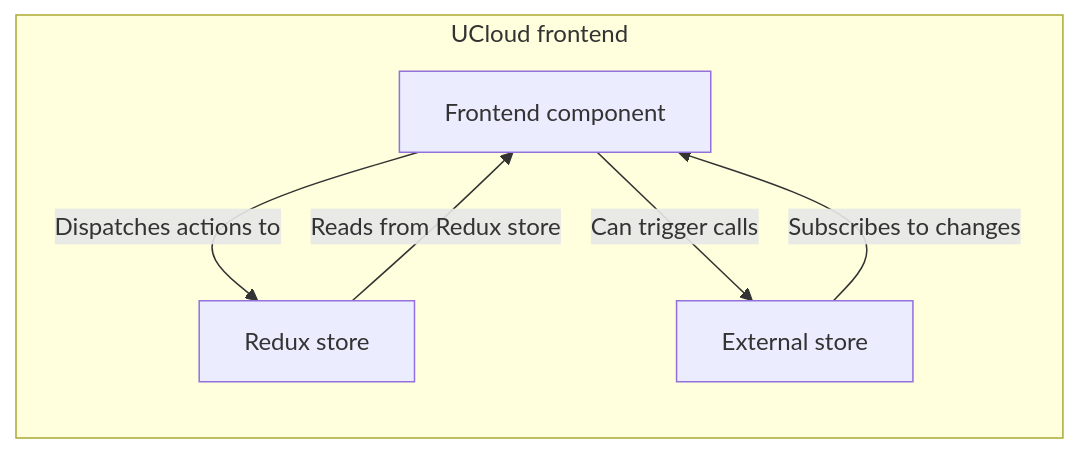
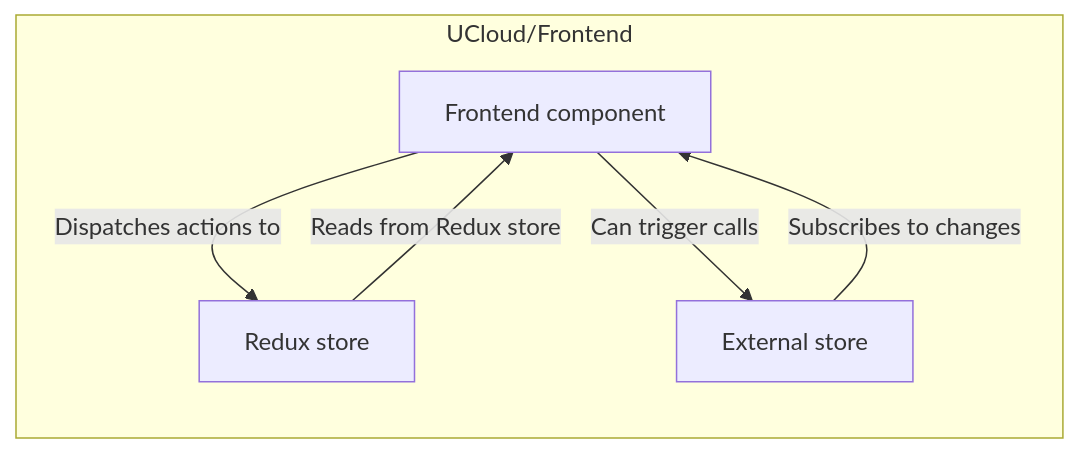
The diagram in provider-integration/im2/docs/src/dev/frontend/frontend-architecture.md (SDU-eScience/UCloud), drawn with Mermaid before and after one commit. The commit also changed other lines of this file and 8 other files, not shown here.

Commit message:
Fix spelling mistakes. Fix diagrams (?)

````diff
--- a/provider-integration/im2/docs/src/dev/frontend/frontend-architecture.md
+++ b/provider-integration/im2/docs/src/dev/frontend/frontend-architecture.md
@@ -55,12 +55,14 @@
 ```mermaid
 flowchart LR
-    subgraph UCloud frontend
+    subgraph frontend["UCloud/Frontend"]
         A["Frontend component"]:::diagram-external-cog-6-tooth
         B["Redux store"]:::diagram-external-cog-6-tooth
         C["External store"]:::diagram-external-cog-6-tooth
         A -->|Dispatches actions to| B
         B -->|Reads from Redux store| A
         A -->|Can trigger calls| C
         C -->|Subscribes to changes| A
     end
+    
+    class frontend diagram-external-ucloud
 ```
````
